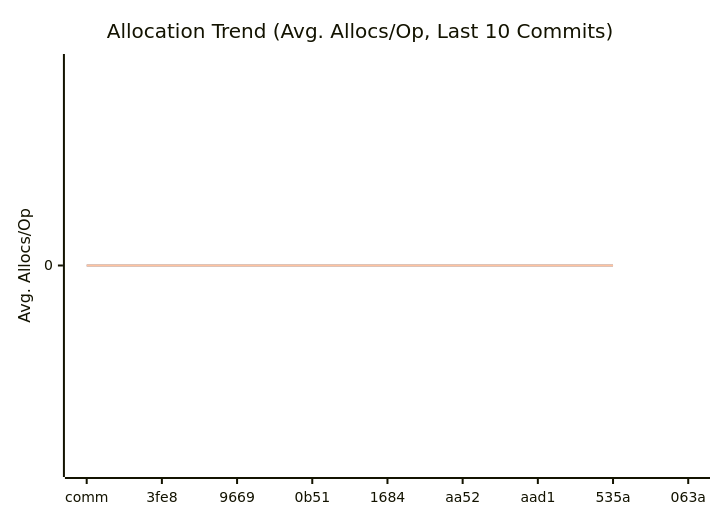
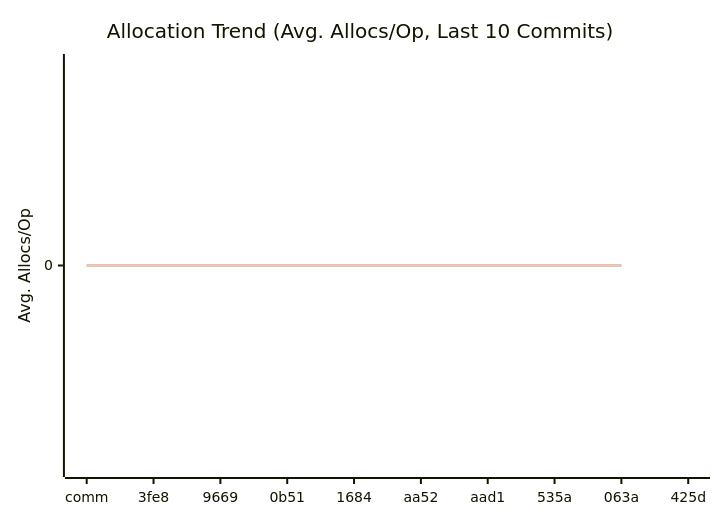
Before and after one commit to alsotoes/momo: the third of 3 diagrams in doc/README.md, drawn with Mermaid. The commit also changed other lines of this file and 1 other file, not shown here.

````diff
--- a/doc/README.md
+++ b/doc/README.md
@@ -312,10 +312,10 @@
 ```mermaid
 xychart-beta
     title "Allocation Trend (Avg. Allocs/Op, Last 10 Commits)"
     x-axis "Commit"
     y-axis "Avg. Allocs/Op"
-    x-axis [comm,3fe8,9669,0b51,1684,aa52,aad1,535a,063a]
-    line "CheckMetricsAndSwap" [0,0,0,0,0,0,0,0]
-    line "IndexDirectTracking" [0,0,0,0,0,0,0,0]
-    line "IndexSearch" [0,0,0,0,0,0,0,0]
+    x-axis [comm,3fe8,9669,0b51,1684,aa52,aad1,535a,063a,425d]
+    line "CheckMetricsAndSwap" [0,0,0,0,0,0,0,0,0]
+    line "IndexDirectTracking" [0,0,0,0,0,0,0,0,0]
+    line "IndexSearch" [0,0,0,0,0,0,0,0,0]
 ```
````
